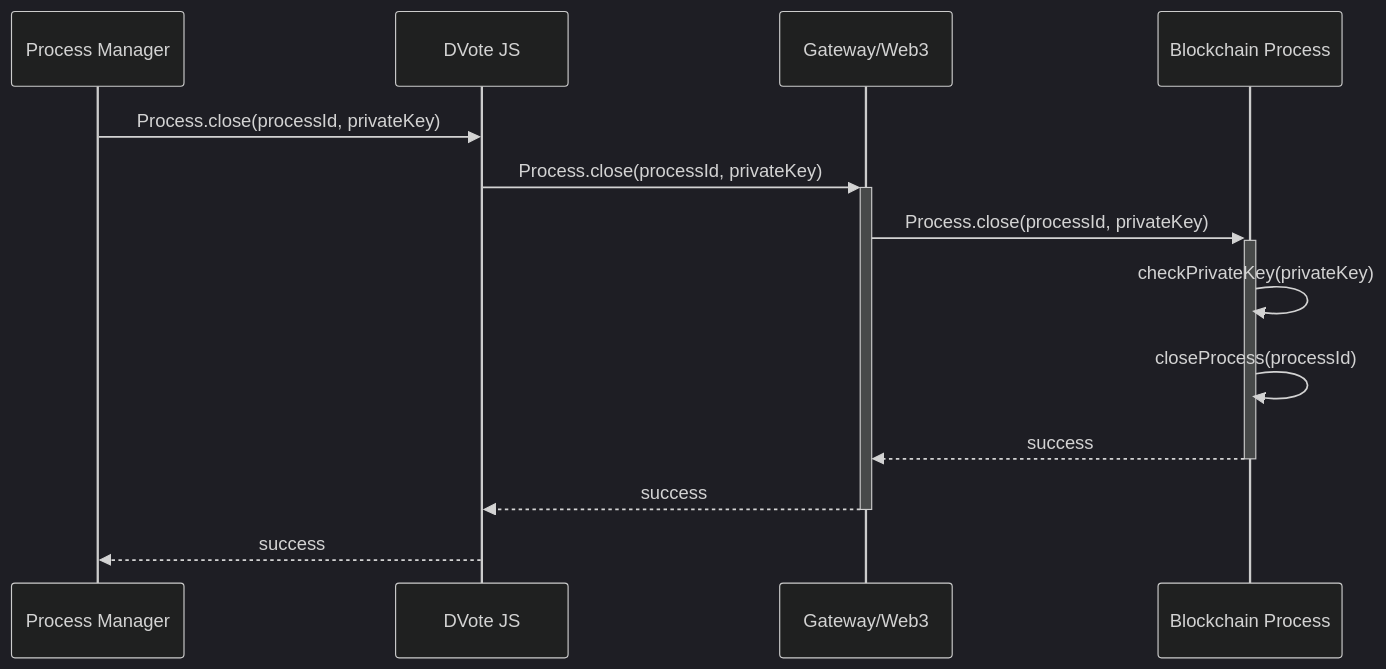
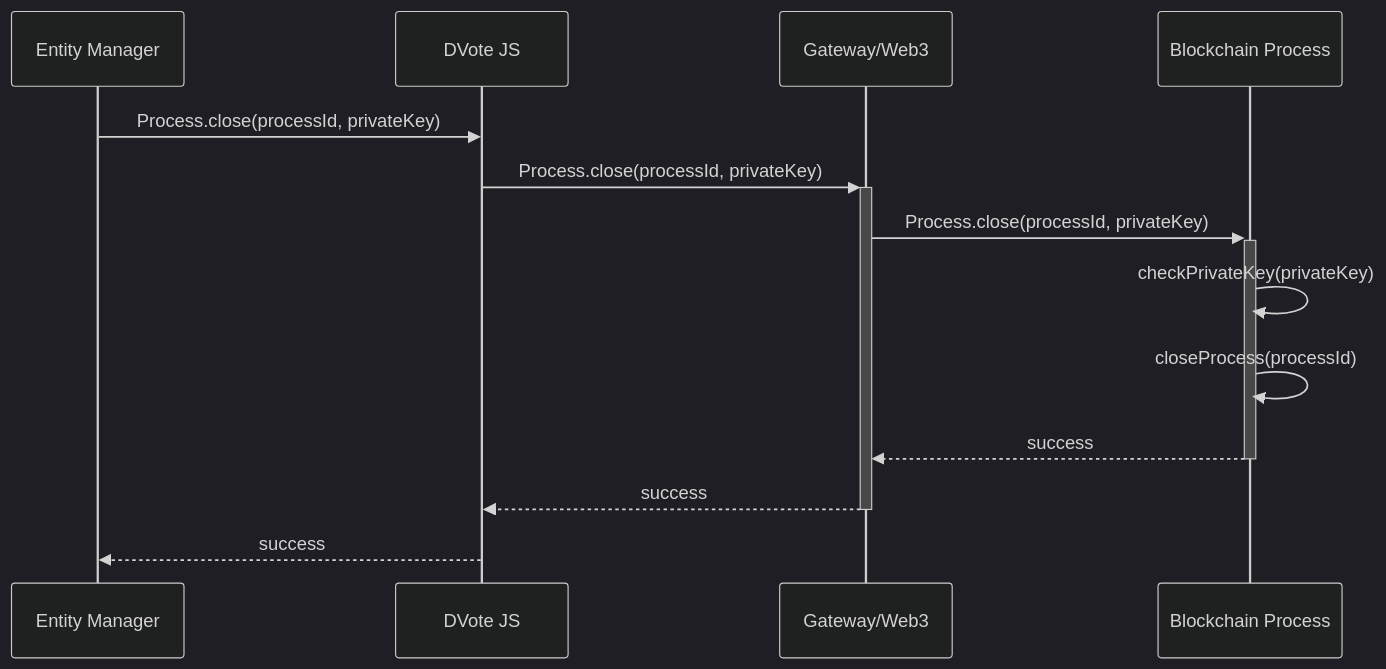
One commit to vocdoni/docs changed diagram 14 of 15 in docs/architecture/sequence-diagrams.md. Above: the diagram before and after it, drawn with Mermaid (dark theme). The commit also changed other lines of this file and 1 other file, not shown here.

Commit message:
Updating the sequence diagrams for the Entity

````diff
--- a/docs/architecture/sequence-diagrams.md
+++ b/docs/architecture/sequence-diagrams.md
@@ -659,20 +657,20 @@
 ```mermaid
 sequenceDiagram
-    participant PM as Process Manager
+    participant PM as Entity Manager
     participant DV as DVote JS
     participant GW as Gateway/Web3
     participant BC as Blockchain Process
 
     PM->>DV: Process.close(processId, privateKey)
 
         DV->>+GW: Process.close(processId, privateKey)
         GW->>+BC: Process.close(processId, privateKey)
 
             BC->>BC: checkPrivateKey(privateKey)
             BC->>BC: closeProcess(processId)
 
         BC-->>-GW: success
         GW-->>-DV: success
 
     DV-->>PM: success
 ```
````
